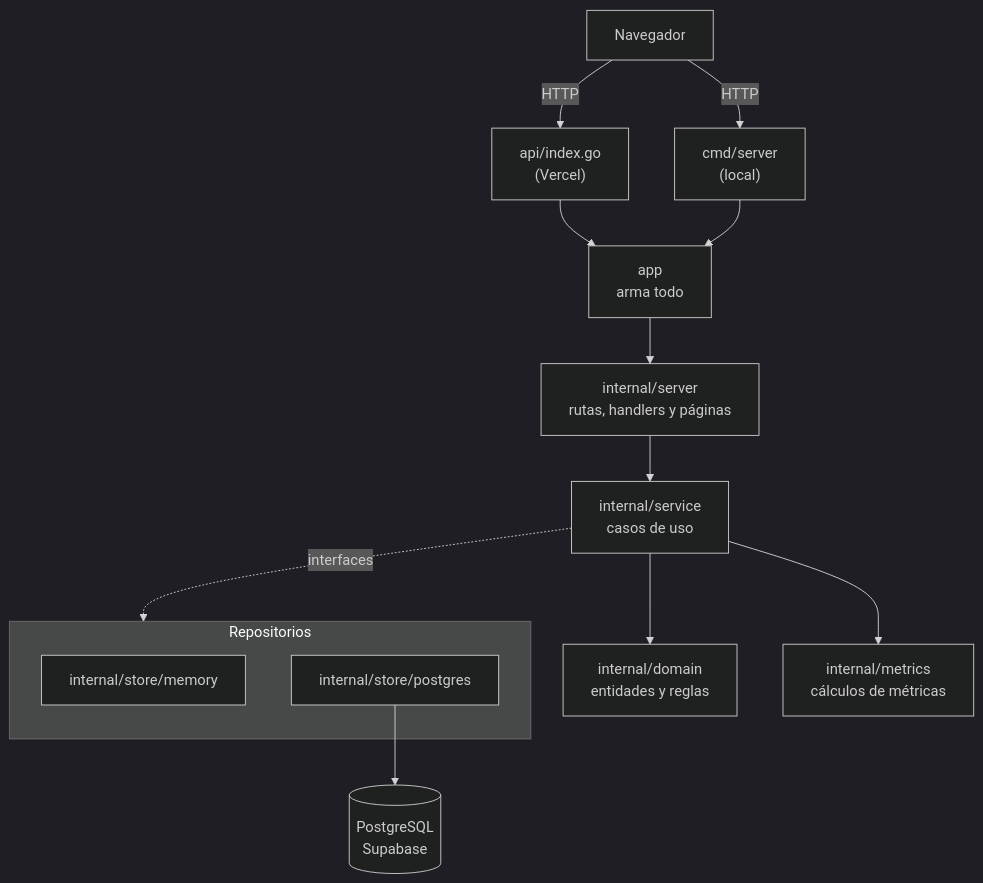
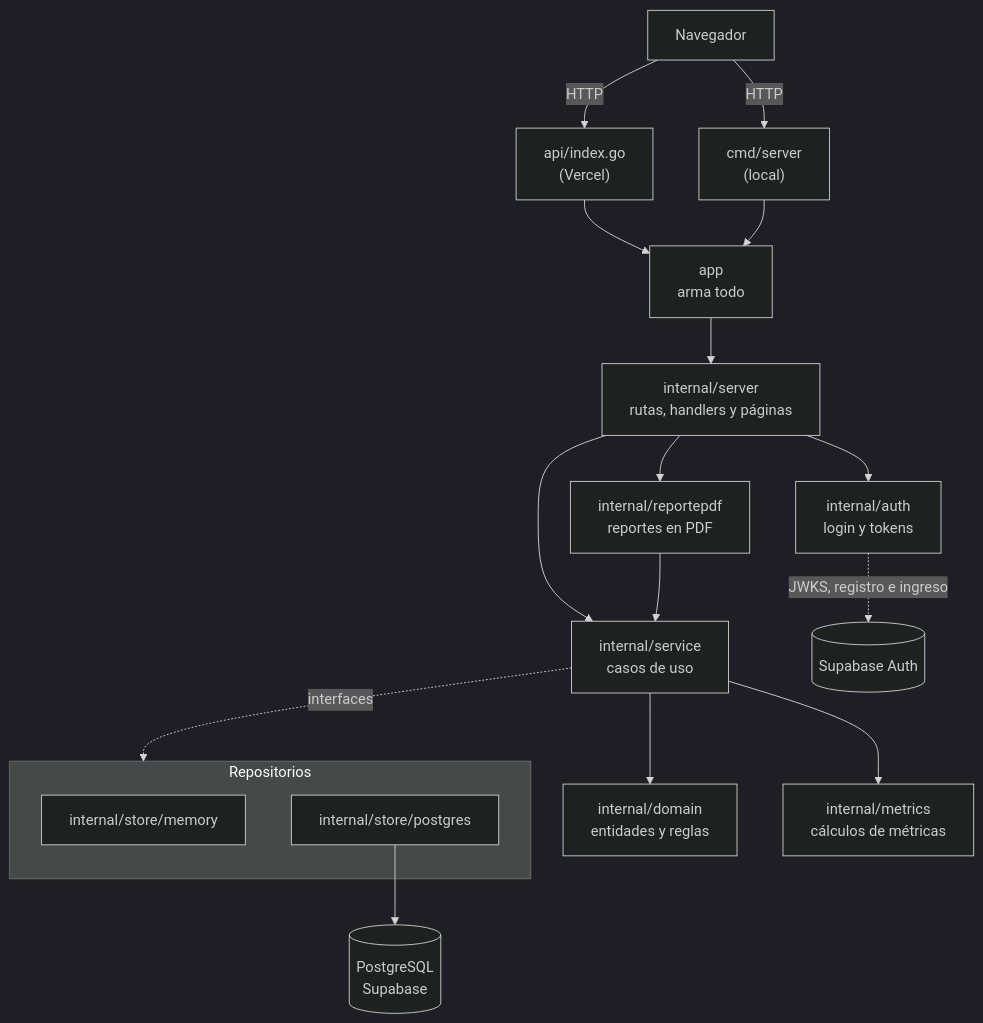
The diagram in docs/arquitectura.md (Juan-Pablo-Lopez-Laszuk/seguimiento-medicion), drawn with Mermaid (dark theme) before and after one commit. The commit also changed other lines of this file, not shown here.

Commit message:
docs: arquitectura con el login (TEC-05), el PDF (HU-39) y HTMX para el retoque visual

````diff
--- a/docs/arquitectura.md
+++ b/docs/arquitectura.md
@@ -16,17 +19,21 @@
 ```mermaid
 flowchart TD
     navegador[Navegador] -->|HTTP| vercel["api/index.go<br>(Vercel)"]
     navegador -->|HTTP| local["cmd/server<br>(local)"]
     vercel --> app["app<br>arma todo"]
     local --> app
     app --> server["internal/server<br>rutas, handlers y páginas"]
+    server --> auth["internal/auth<br>login y tokens"]
+    server --> pdf["internal/reportepdf<br>reportes en PDF"]
     server --> service["internal/service<br>casos de uso"]
+    pdf --> service
     service --> domain["internal/domain<br>entidades y reglas"]
     service --> metrics["internal/metrics<br>cálculos de métricas"]
     service -.->|interfaces| store
     subgraph store [Repositorios]
         memory["internal/store/memory"]
         postgres["internal/store/postgres"]
     end
     postgres --> supabase[("PostgreSQL<br>Supabase")]
+    auth -.->|JWKS, registro e ingreso| supabaseauth[("Supabase Auth")]
 ```
````
